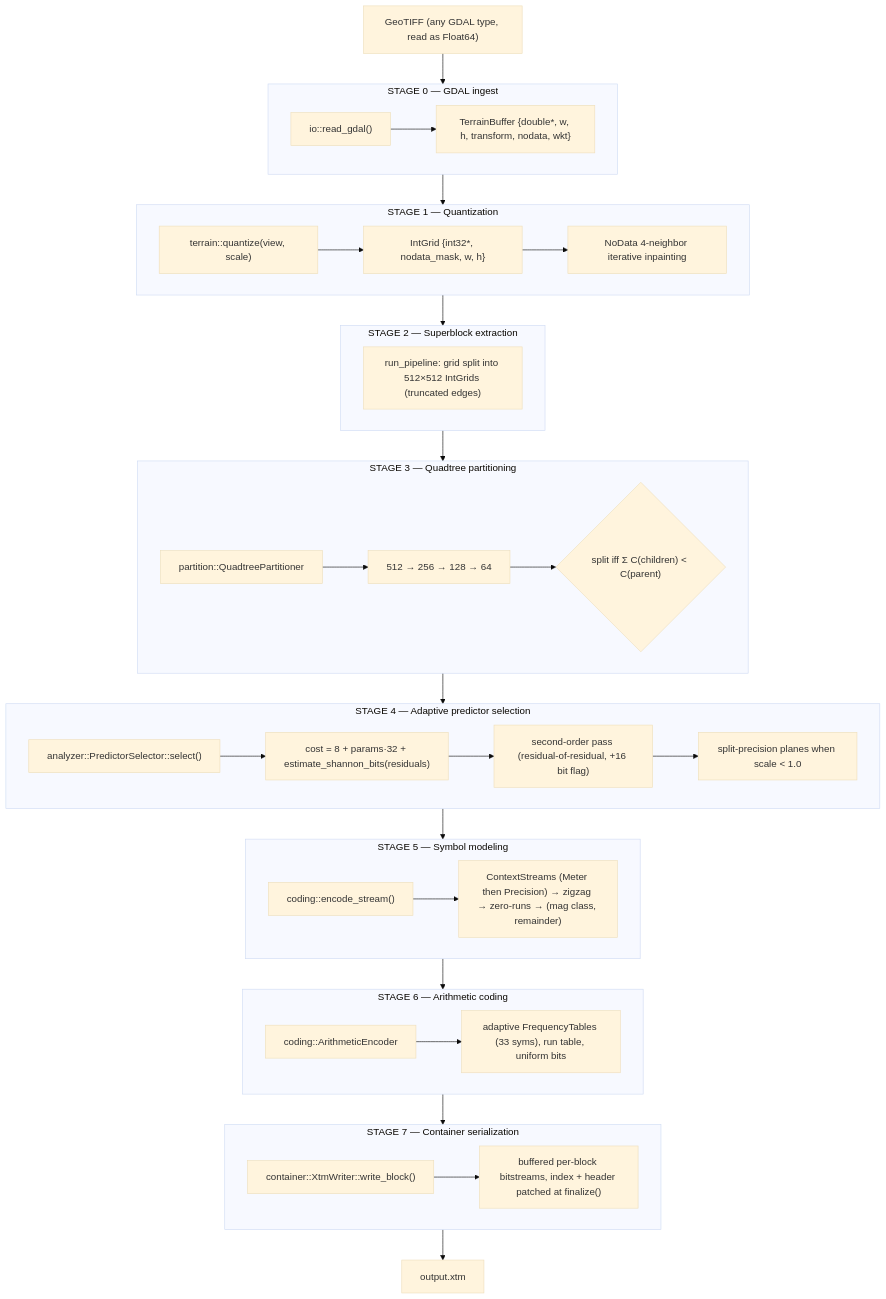
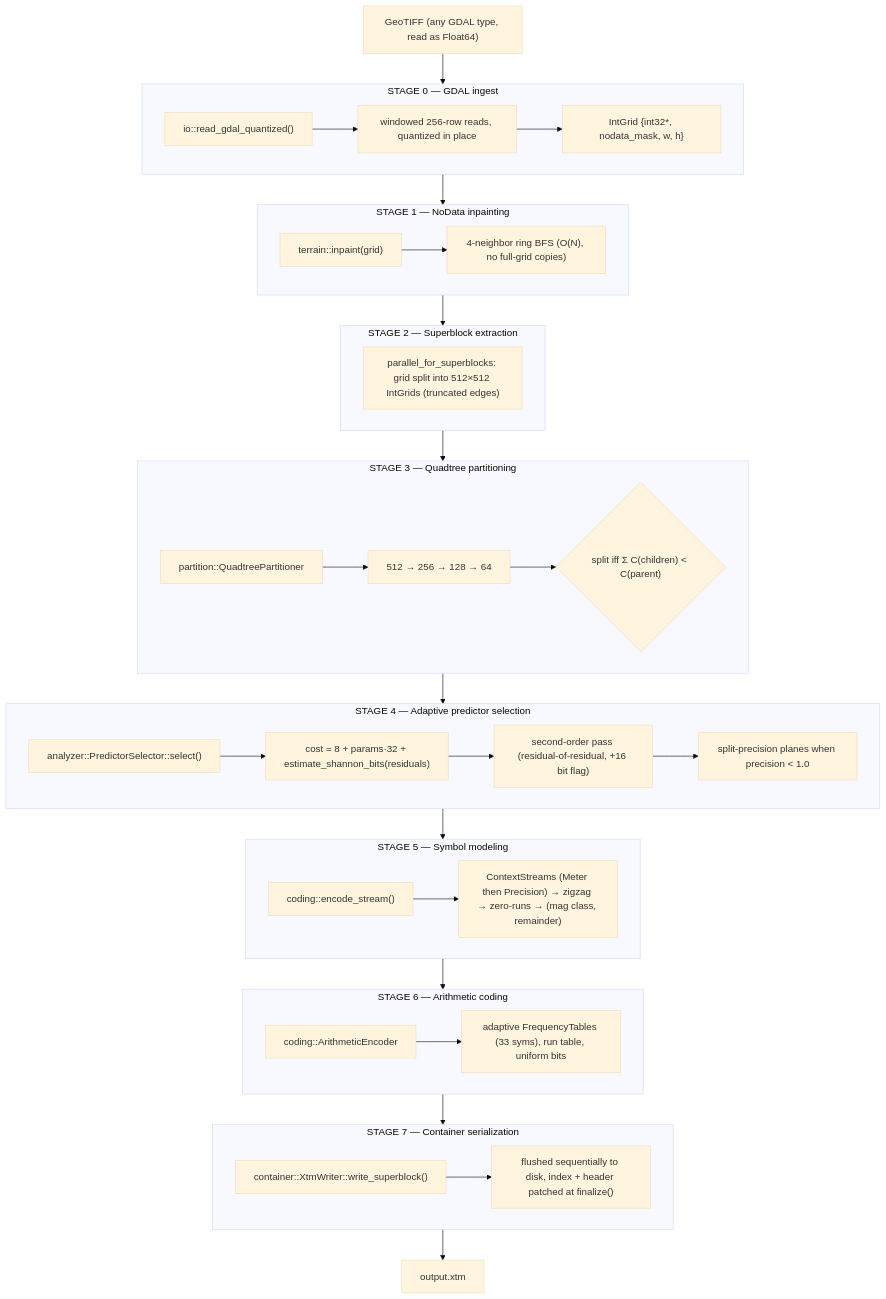
The second of 10 diagrams in docs/pipeline.md (yashwk/libxtm), drawn with Mermaid (base theme) before and after one commit. The commit also changed other lines of this file and 49 other files, not shown here.

````diff
--- a/docs/pipeline.md
+++ b/docs/pipeline.md
@@ -85,56 +86,56 @@
 ```mermaid
 flowchart TB
     IN["GeoTIFF (any GDAL type, read as Float64)"] --> S0
 
     subgraph S0["STAGE 0 — GDAL ingest"]
         direction LR
-        S0a["io::read_gdal()"] --> S0b["TerrainBuffer {double*, w, h, transform, nodata, wkt}"]
+        S0a["io::read_gdal_quantized()"] --> S0b["windowed 256-row reads, quantized in place"]
+        S0b --> S0c["IntGrid {int32*, nodata_mask, w, h}"]
     end
     S0 --> S1
 
-    subgraph S1["STAGE 1 — Quantization"]
+    subgraph S1["STAGE 1 — NoData inpainting"]
         direction LR
-        S1a["terrain::quantize(view, scale)"] --> S1b["IntGrid {int32*, nodata_mask, w, h}"]
-        S1b --> S1c["NoData 4-neighbor iterative inpainting"]
+        S1a["terrain::inpaint(grid)"] --> S1b["4-neighbor ring BFS (O(N), no full-grid copies)"]
     end
     S1 --> S2
 
     subgraph S2["STAGE 2 — Superblock extraction"]
         direction LR
-        S2a["run_pipeline: grid split into 512×512 IntGrids (truncated edges)"]
+        S2a["parallel_for_superblocks: grid split into 512×512 IntGrids (truncated edges)"]
     end
     S2 --> S3
 
     subgraph S3["STAGE 3 — Quadtree partitioning"]
         direction LR
         S3a["partition::QuadtreePartitioner"] --> S3b["512 → 256 → 128 → 64"]
         S3b --> S3c{"split iff Σ C(children) < C(parent)"}
     end
     S3 --> S4
 
     subgraph S4["STAGE 4 — Adaptive predictor selection"]
         direction LR
         S4a["analyzer::PredictorSelector::select()"] --> S4b["cost = 8 + params·32 + estimate_shannon_bits(residuals)"]
         S4b --> S4c["second-order pass (residual-of-residual, +16 bit flag)"]
-        S4c --> S4d["split-precision planes when scale < 1.0"]
+        S4c --> S4d["split-precision planes when precision < 1.0"]
     end
     S4 --> S5
 
     subgraph S5["STAGE 5 — Symbol modeling"]
         direction LR
         S5a["coding::encode_stream()"] --> S5b["ContextStreams (Meter then Precision) → zigzag → zero-runs → (mag class, remainder)"]
     end
     S5 --> S6
 
     subgraph S6["STAGE 6 — Arithmetic coding"]
         direction LR
         S6a["coding::ArithmeticEncoder"] --> S6b["adaptive FrequencyTables (33 syms), run table, uniform bits"]
     end
     S6 --> S7
 
     subgraph S7["STAGE 7 — Container serialization"]
         direction LR
-        S7a["container::XtmWriter::write_block()"] --> S7b["buffered per-block bitstreams, index + header patched at finalize()"]
+        S7a["container::XtmWriter::write_superblock()"] --> S7b["flushed sequentially to disk, index + header patched at finalize()"]
     end
     S7 --> OUT["output.xtm"]
 ```
````
